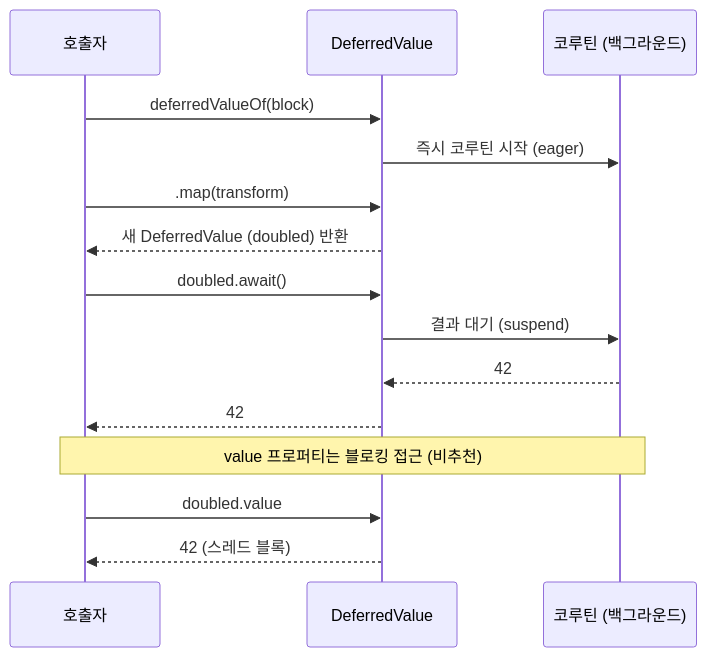
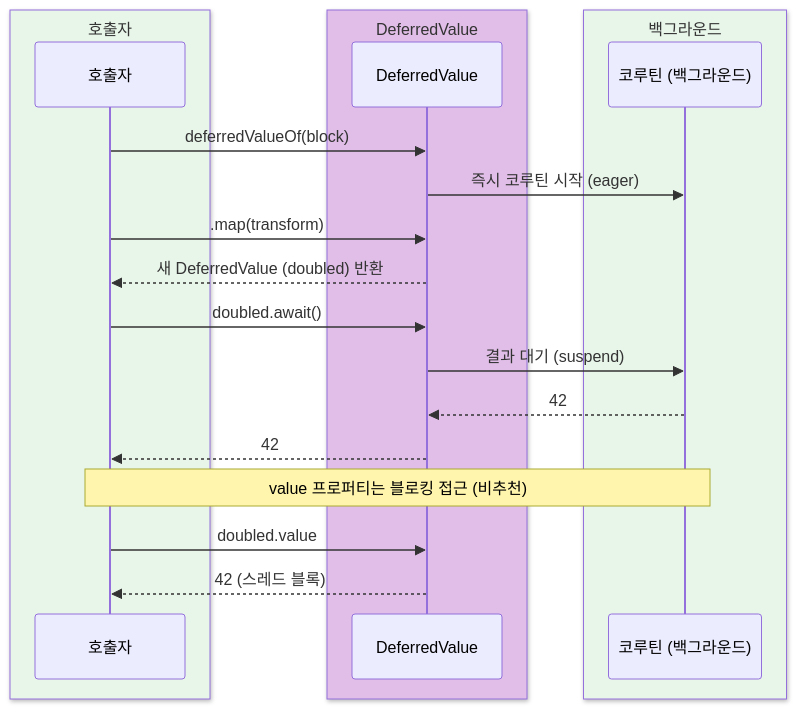
One commit to bluetape4k/bluetape4k-projects changed the third of 16 diagrams in bluetape4k/coroutines/README.ko.md. Above: the diagram before and after it, drawn with Mermaid. The commit also changed other lines of this file and 221 other files, not shown here.

First line of the commit message:
docs: 전체 모듈 README UML 다이어그램 보강 및 색상 업그레이드

````diff
--- a/bluetape4k/coroutines/README.ko.md
+++ b/bluetape4k/coroutines/README.ko.md
@@ -131,21 +155,27 @@
 ```mermaid
 sequenceDiagram
-    participant C as 호출자
-    participant DV as DeferredValue
-    participant Co as 코루틴 (백그라운드)
+    box rgb(232, 245, 233) 호출자
+        participant C as 호출자
+    end
+    box rgb(225, 190, 231) DeferredValue
+        participant DV as DeferredValue
+    end
+    box rgb(232, 245, 233) 백그라운드
+        participant Co as 코루틴 (백그라운드)
+    end
 
     C->>DV: deferredValueOf(block)
     DV->>Co: 즉시 코루틴 시작 (eager)
 
     C->>DV: .map(transform)
     DV-->>C: 새 DeferredValue (doubled) 반환
 
     C->>DV: doubled.await()
     DV->>Co: 결과 대기 (suspend)
     Co-->>DV: 42
     DV-->>C: 42
 
     Note over C,Co: value 프로퍼티는 블로킹 접근 (비추천)
     C->>DV: doubled.value
     DV-->>C: 42 (스레드 블록)
 ```
````
